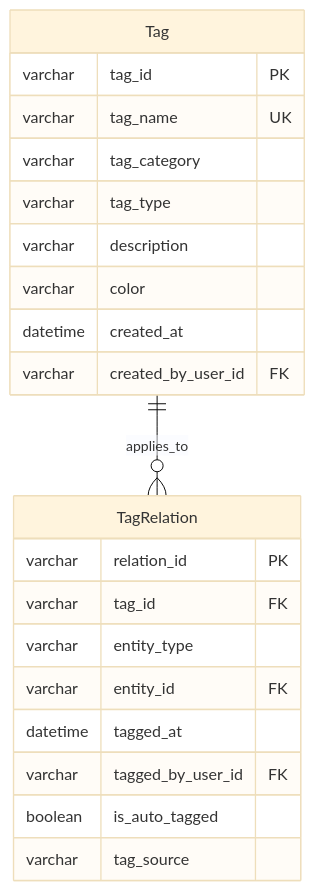
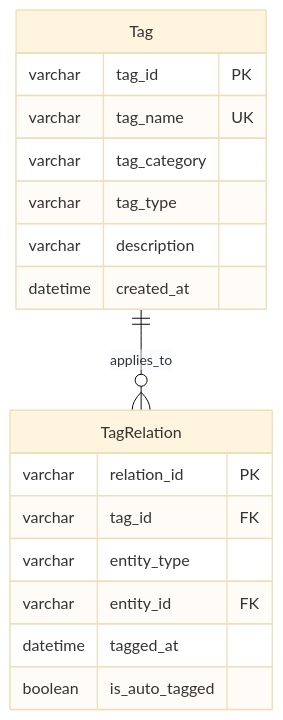
Before and after one commit to 312268112/advanced-java: diagram 12 of 25 in docs/b2b-cdp-entity-design.md, drawn with Mermaid (base theme). The commit also changed other lines of this file, not shown here.

````diff
--- a/docs/b2b-cdp-entity-design.md
+++ b/docs/b2b-cdp-entity-design.md
@@ -640,26 +496,22 @@
 ```mermaid
 erDiagram
     Tag ||--o{ TagRelation : applies_to
     
     Tag {
         varchar tag_id PK
         varchar tag_name UK
         varchar tag_category
         varchar tag_type
         varchar description
-        varchar color
         datetime created_at
-        varchar created_by_user_id FK
     }
     
     TagRelation {
         varchar relation_id PK
         varchar tag_id FK
         varchar entity_type
         varchar entity_id FK
         datetime tagged_at
-        varchar tagged_by_user_id FK
         boolean is_auto_tagged
-        varchar tag_source
     }
 ```
````
